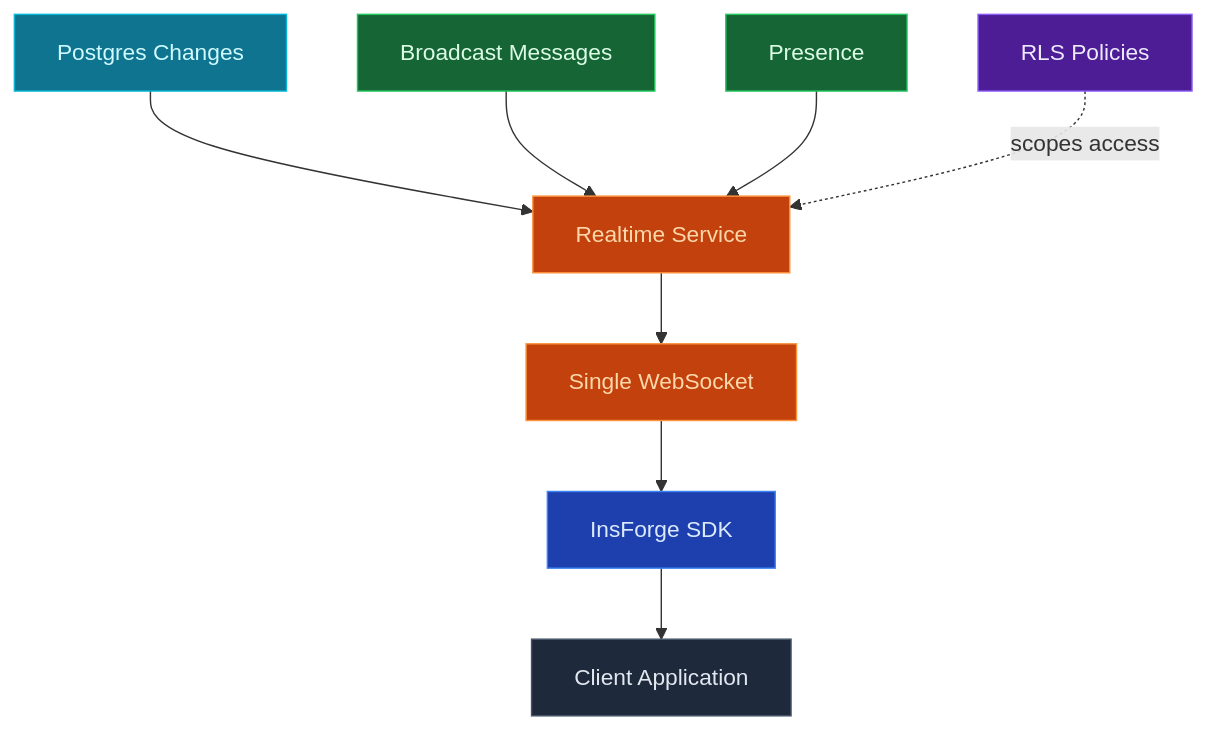
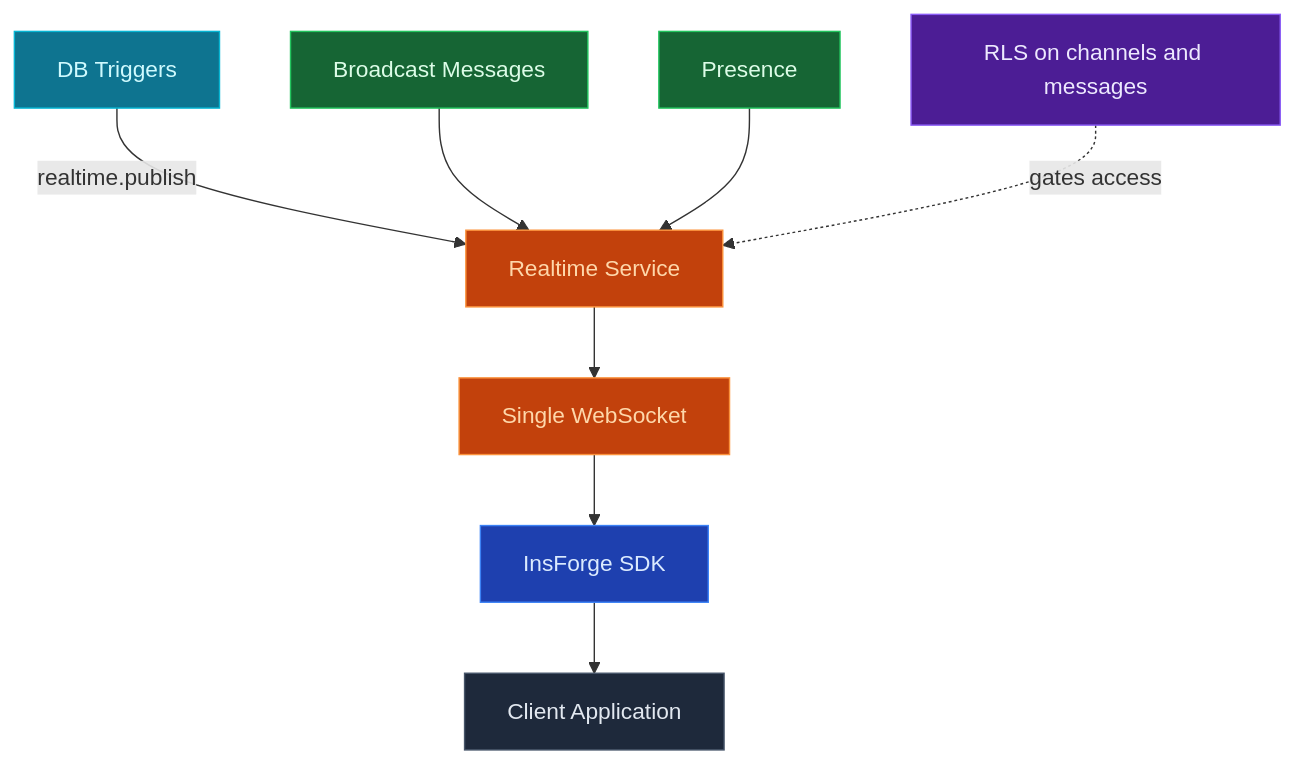
One commit to InsForge/InsForge changed the diagram in docs/core-concepts/realtime/overview.mdx. Above: the diagram before and after it, drawn with Mermaid. The commit also changed other lines of this file and 7 other files, not shown here.

````diff
--- a/docs/core-concepts/realtime/overview.mdx
+++ b/docs/core-concepts/realtime/overview.mdx
@@ -13,21 +13,21 @@
 ```mermaid
 graph TB
-    Changes[Postgres Changes] --> RT[Realtime Service]
+    Changes[DB Triggers] -->|realtime.publish| RT[Realtime Service]
     Broadcast[Broadcast Messages] --> RT
     Presence[Presence] --> RT
 
-    RLS[RLS Policies] -.->|scopes access| RT
+    RLS["RLS on channels and messages"] -.->|gates access| RT
 
     RT --> WS[Single WebSocket]
     WS --> SDK[InsForge SDK]
     SDK --> App[Client Application]
 
     style Changes fill:#0e7490,stroke:#06b6d4,color:#cffafe
     style Broadcast fill:#166534,stroke:#22c55e,color:#dcfce7
     style Presence fill:#166534,stroke:#22c55e,color:#dcfce7
     style RLS fill:#4c1d95,stroke:#8b5cf6,color:#ede9fe
     style RT fill:#c2410c,stroke:#fb923c,color:#fed7aa
     style WS fill:#c2410c,stroke:#fb923c,color:#fed7aa
     style SDK fill:#1e40af,stroke:#3b82f6,color:#dbeafe
     style App fill:#1e293b,stroke:#475569,color:#e2e8f0
 ```
````
